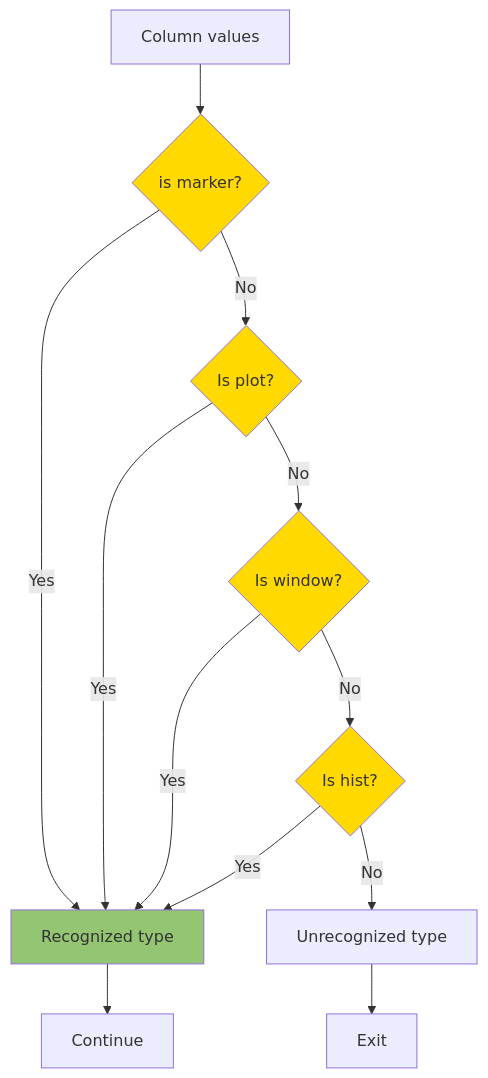
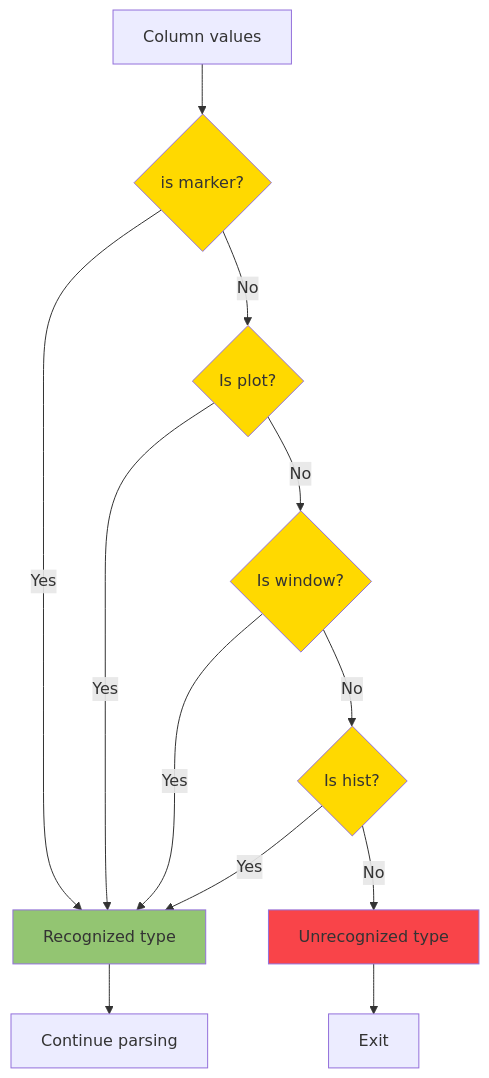
Before and after one commit to mahajrod/MCTool: the first of 2 diagrams in documentation/tracks/track_format.md, drawn with Mermaid.

Commit message:
added cutting of a sheetname (due to Excel limit of 31 chars) to draw_macrosynteny.py

````diff
--- a/documentation/tracks/track_format.md
+++ b/documentation/tracks/track_format.md
@@ -72,20 +72,20 @@
 ```mermaid
 
 flowchart TD
     A[Column values] --> B{is marker?}:::BranchingType
     B -->|Yes| C[Recognized type]:::SucessType
     B -->|No| D{Is plot?}:::BranchingType
     D -->|Yes| C
     D -->|No| E{Is window?}:::BranchingType
     E -->|Yes| C
     E -->|No| F{Is hist?}:::BranchingType
     F -->|Yes| C
     F -->|No| G[Unrecognized type]:::FailType
-    C --> I[Continue]
+    C --> I[Continue parsing]
     G --> K[Exit]
     
     classDef SucessType fill:#93C572,font-color:black
-    classDef FailType fill:##F94449,font-color:black
+    classDef FailType fill:#F94449,font-color:black
     classDef ResultType fill:#60CEED,font-color:black
     classDef BranchingType fill:#FFD900,font-color:black
 ```
````
